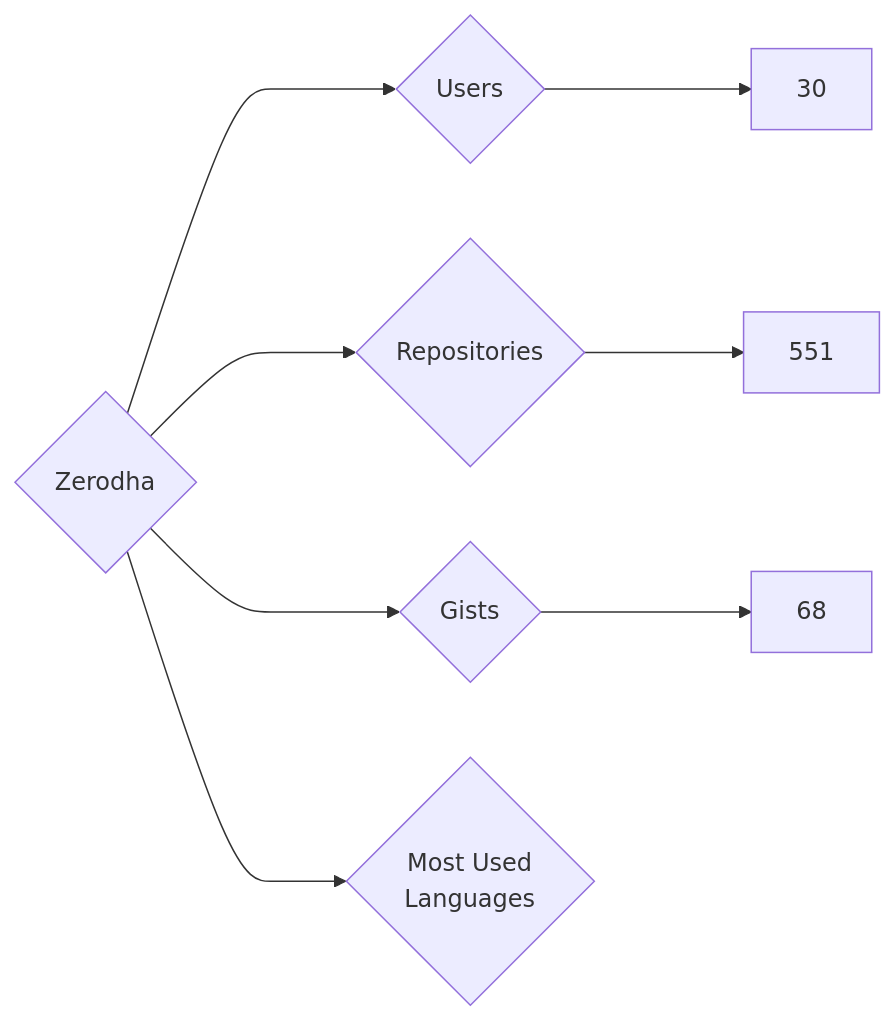
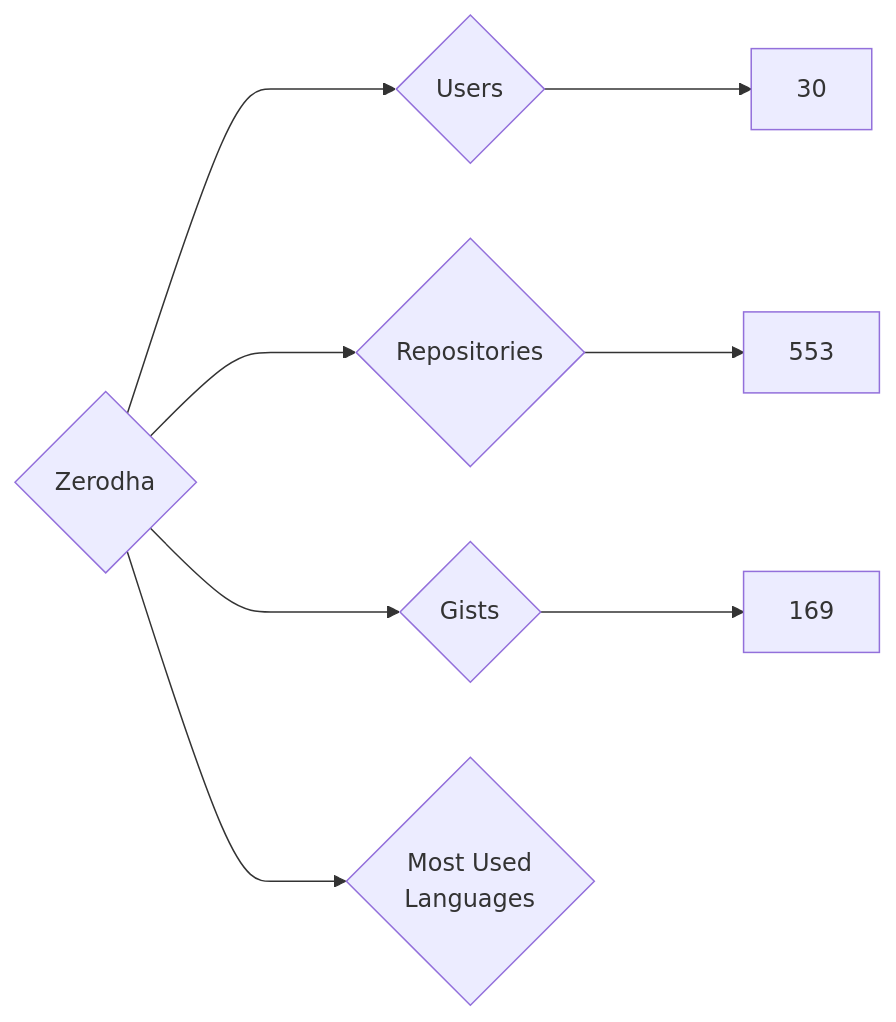
The diagram in targets/Zerodha/README.md (nenadzaric/insiders), drawn with Mermaid before and after one commit. The commit also changed 1342 other files, not shown here.

````diff
--- a/targets/Zerodha/README.md
+++ b/targets/Zerodha/README.md
@@ -3,8 +3,8 @@
 ```mermaid
 graph LR
 COMPANY_NAME{Zerodha}
 COMPANY_NAME ---> U{Users} ---> UN[30]
-COMPANY_NAME ---> R{Repositories} ---> RN[551]
-COMPANY_NAME ---> G{Gists} ---> GN[68]
+COMPANY_NAME ---> R{Repositories} ---> RN[553]
+COMPANY_NAME ---> G{Gists} ---> GN[169]
 COMPANY_NAME ---> ML{Most Used<br>Languages}
 ```
````
